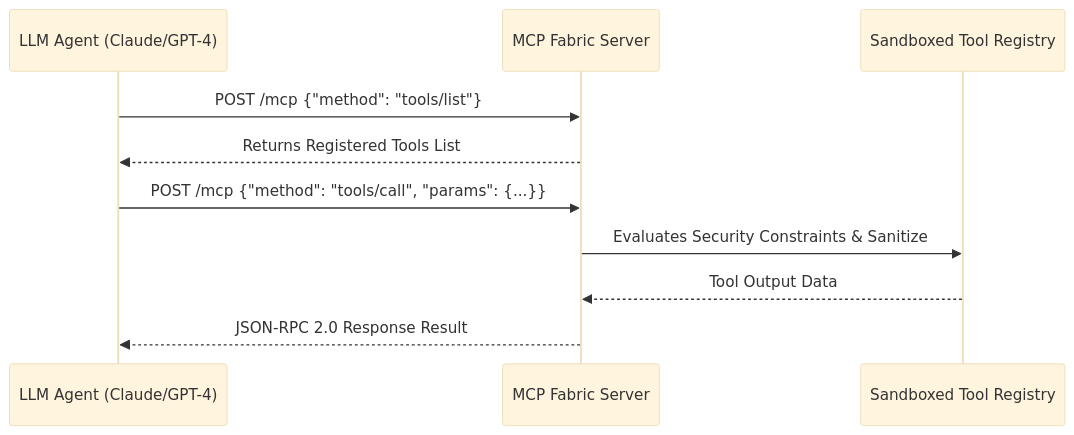
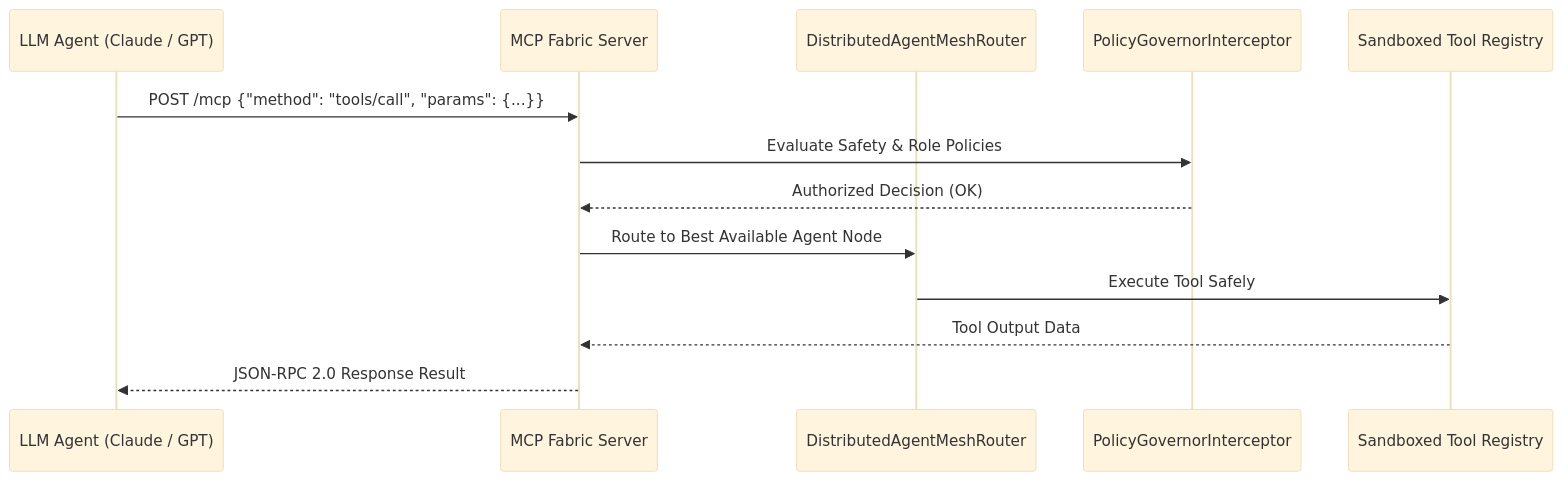
Before and after one commit to anderdebona/mcp-autonomous-agent-fabric: the diagram in README.md, drawn with Mermaid (base theme). The commit also changed other lines of this file and 9 other files, not shown here.

Commit message:
feat(v4.0.0): add DistributedAgentMeshRouter, PolicyGovernorInterceptor, CI/CD, and Roadmap

````diff
--- a/README.md
+++ b/README.md
@@ -25,13 +35,16 @@
 ```mermaid
 sequenceDiagram
-    participant Agent as LLM Agent (Claude/GPT-4)
+    participant Agent as LLM Agent (Claude / GPT)
     participant Fabric as MCP Fabric Server
+    participant Router as DistributedAgentMeshRouter
+    participant Gov as PolicyGovernorInterceptor
     participant Sandbox as Sandboxed Tool Registry
 
-    Agent->>Fabric: POST /mcp {"method": "tools/list"}
-    Fabric-->>Agent: Returns Registered Tools List
     Agent->>Fabric: POST /mcp {"method": "tools/call", "params": {...}}
-    Fabric->>Sandbox: Evaluates Security Constraints & Sanitize
+    Fabric->>Gov: Evaluate Safety & Role Policies
+    Gov-->>Fabric: Authorized Decision (OK)
+    Fabric->>Router: Route to Best Available Agent Node
+    Router->>Sandbox: Execute Tool Safely
     Sandbox-->>Fabric: Tool Output Data
     Fabric-->>Agent: JSON-RPC 2.0 Response Result
 ```
````
